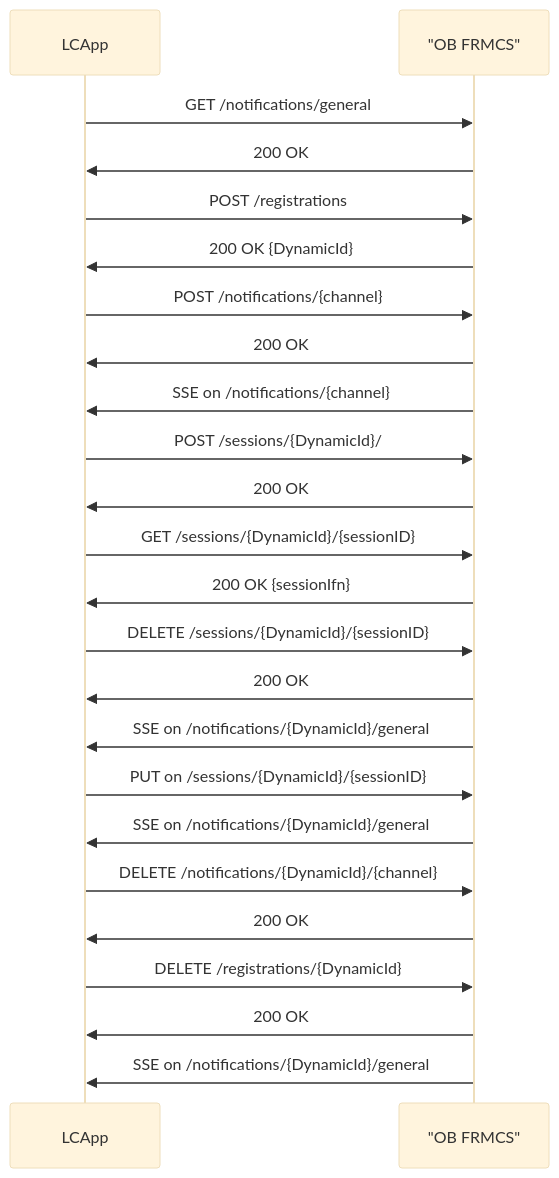
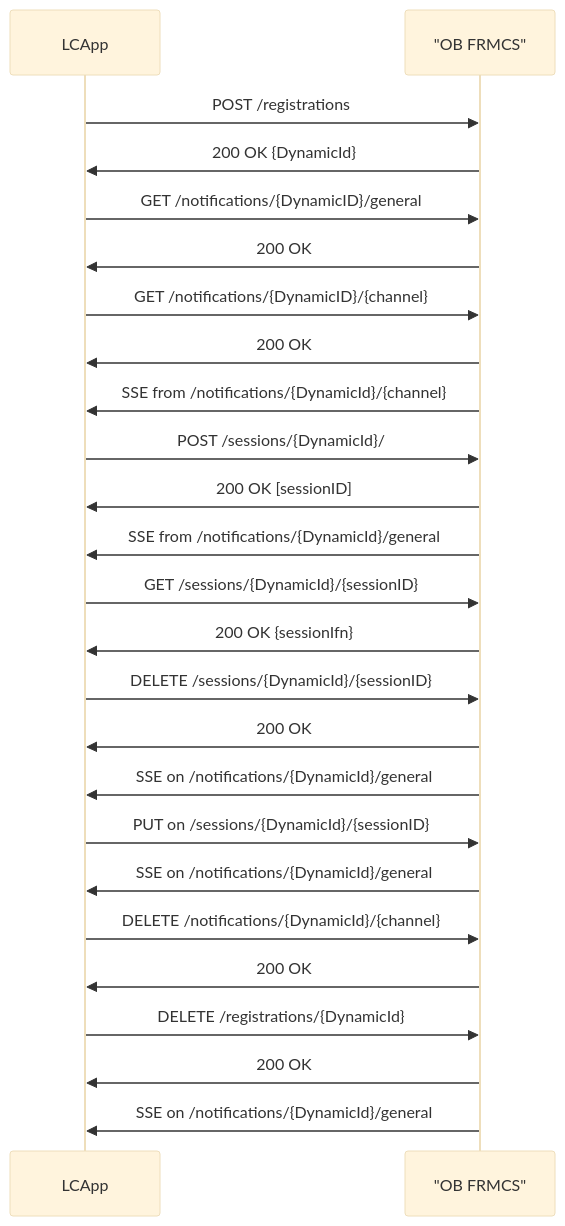
Before and after one commit to UICrail/FRMCSSandbox: the first of 4 diagrams in API/README.md, drawn with Mermaid (base theme).

Commit message:
README.md - realignment of canonical flow to reflect API change

````diff
--- a/API/README.md
+++ b/API/README.md
@@ -7,43 +7,42 @@
 ```mermaid
 
 sequenceDiagram
 participant A as LCApp
 participant B as "OB FRMCS"
 
-	A->>B: GET /notifications/general
-	B->>A: 200 OK
-	
 	A->>B: POST /registrations
 	B->>A: 200 OK {DynamicId}
 
-	A->>B: POST /notifications/{channel}
+	A->>B: GET /notifications/{DynamicID}/general
 	B->>A: 200 OK
-	% could also envisage GET /notifications/{DynamicId}/{channel}
+
+	A->>B: GET /notifications/{DynamicID}/{channel}
+	B->>A: 200 OK
 	
-	B->>A: SSE on /notifications/{channel}
+	B->>A: SSE from /notifications/{DynamicId}/{channel}
 	% potentially SSE on /notifications/{DynamicId}/{channel}
 	
 	A->>B: POST /sessions/{DynamicId}/
-	B->>A: 200 OK
-	% final answer could be SSE on /notifications/{OBappId}/general
+	B->>A: 200 OK [sessionID]
+	B->>A: SSE from /notifications/{DynamicId}/general
 	
 	A->>B: GET /sessions/{DynamicId}/{sessionID}
 	B->>A: 200 OK {sessionIfn}
 
 	A->>B: DELETE /sessions/{DynamicId}/{sessionID}
 	B->>A: 200 OK
 
 	B->>A: SSE on /notifications/{DynamicId}/general
 	A->>B: PUT on /sessions/{DynamicId}/{sessionID}
 
 	B->>A: SSE on /notifications/{DynamicId}/general
 	
 	A->>B: DELETE /notifications/{DynamicId}/{channel}
 	B->>A: 200 OK
 
 	A->>B: DELETE /registrations/{DynamicId}
 	B->>A: 200 OK
 
 	B->>A: SSE on /notifications/{DynamicId}/general
 
 ```
````
